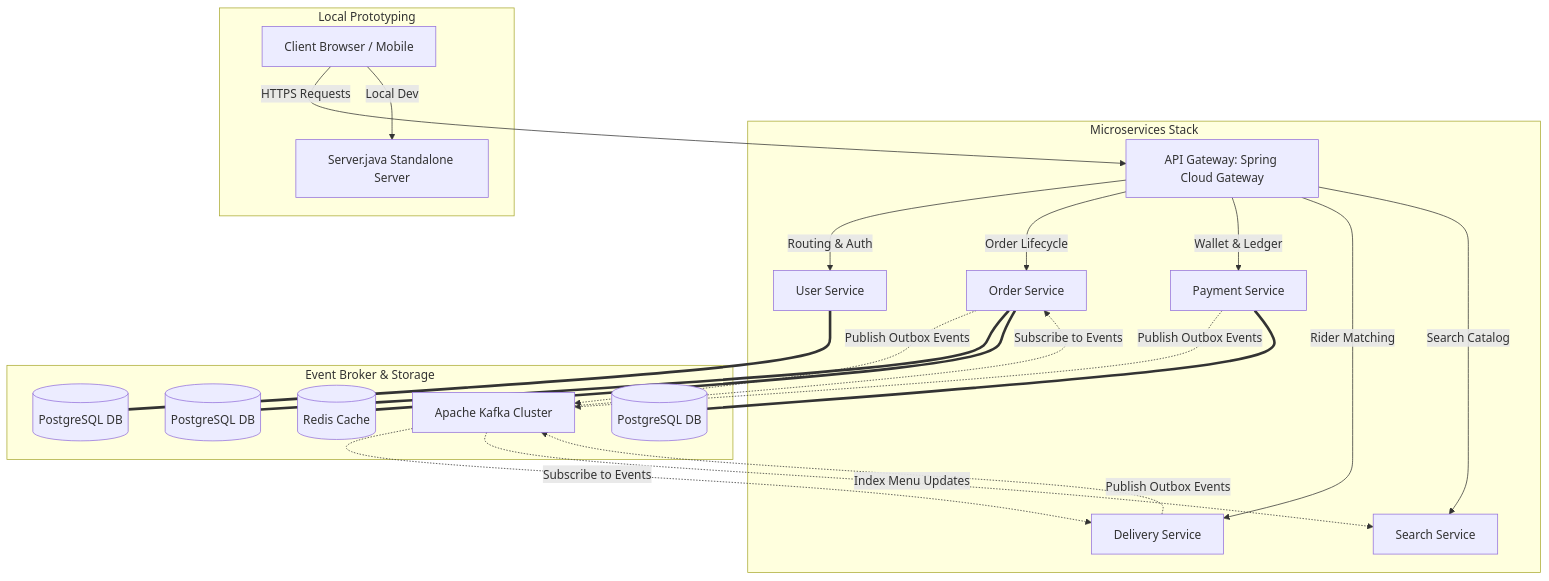
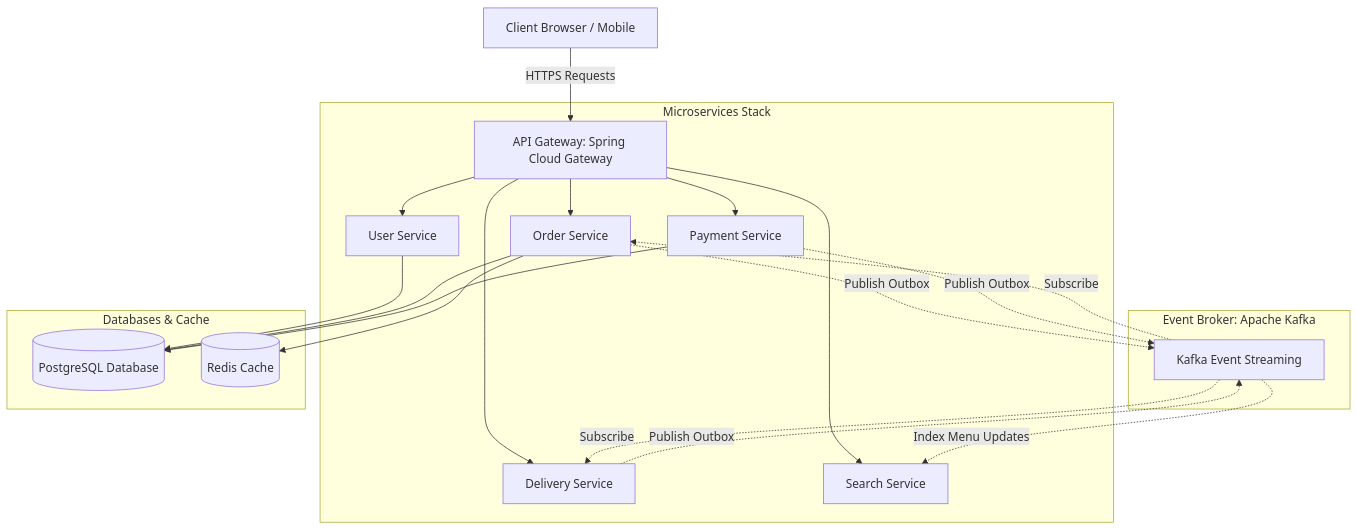
Before and after one commit to abhishektangade965-crypto/Food-Delivery-Enterprise-System: the first of 2 diagrams in README.md, drawn with Mermaid.

Commit message:
Simplify System Architecture diagram for clean GitHub rendering

````diff
--- a/README.md
+++ b/README.md
@@ -17,32 +17,29 @@
 ```mermaid
 graph TD
     Client[Client Browser / Mobile] -->|HTTPS Requests| APIGateway[API Gateway: Spring Cloud Gateway]
     
-    subgraph Microservices Stack
-        APIGateway -->|Routing & Auth| UserService[User Service]
-        APIGateway -->|Order Lifecycle| OrderService[Order Service]
-        APIGateway -->|Wallet & Ledger| PaymentService[Payment Service]
-        APIGateway -->|Rider Matching| DeliveryService[Delivery Service]
-        APIGateway -->|Search Catalog| SearchService[Search Service]
+    subgraph Services [Microservices Stack]
+        APIGateway --> UserService[User Service]
+        APIGateway --> OrderService[Order Service]
+        APIGateway --> PaymentService[Payment Service]
+        APIGateway --> DeliveryService[Delivery Service]
+        APIGateway --> SearchService[Search Service]
     end
 
-    subgraph Event Broker & Storage
-        OrderService -.->|Publish Outbox Events| Kafka[Apache Kafka Cluster]
-        PaymentService -.->|Publish Outbox Events| Kafka
-        DeliveryService -.->|Publish Outbox Events| Kafka
+    subgraph Messaging [Event Broker: Apache Kafka]
+        OrderService -.->|Publish Outbox| Kafka[Kafka Event Streaming]
+        PaymentService -.->|Publish Outbox| Kafka
+        DeliveryService -.->|Publish Outbox| Kafka
         
-        Kafka -.->|Subscribe to Events| OrderService
-        Kafka -.->|Subscribe to Events| DeliveryService
+        Kafka -.->|Subscribe| OrderService
+        Kafka -.->|Subscribe| DeliveryService
         Kafka -.->|Index Menu Updates| SearchService
-        
-        OrderService === Postgres1[(PostgreSQL DB)]
-        PaymentService === Postgres2[(PostgreSQL DB)]
-        UserService === Postgres3[(PostgreSQL DB)]
-        
-        OrderService === Redis[(Redis Cache)]
     end
     
-    subgraph Local Prototyping
-        Client -->|Local Dev| LocalServer[Server.java Standalone Server]
+    subgraph Databases [Databases & Cache]
+        UserService --> Postgres[(PostgreSQL Database)]
+        OrderService --> Postgres
+        PaymentService --> Postgres
+        OrderService --> Redis[(Redis Cache)]
     end
 ```
````
